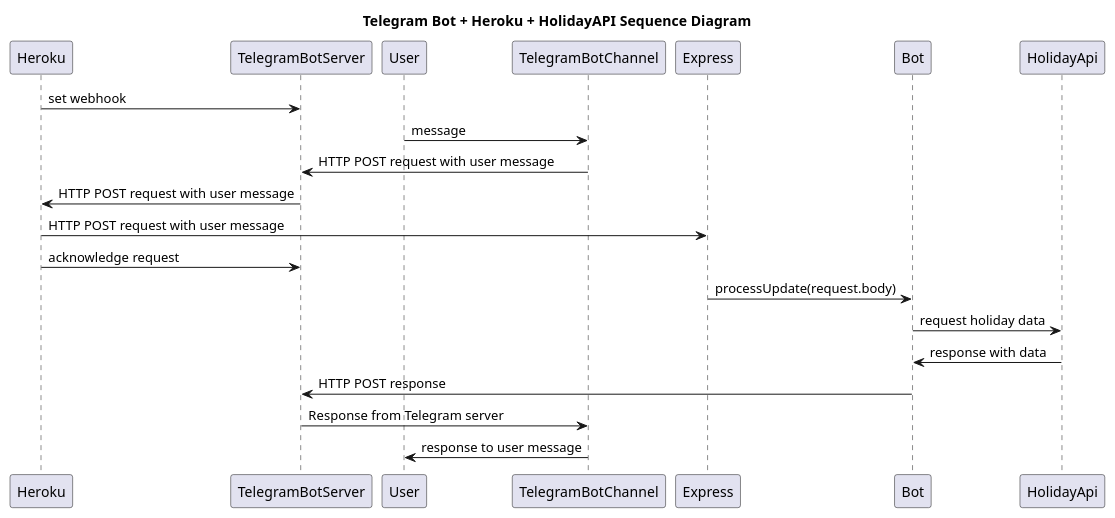
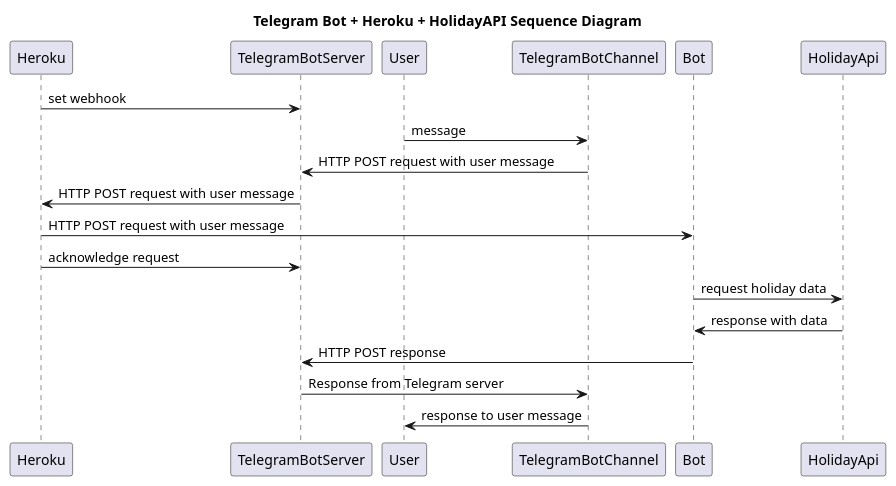
Before and after one commit to vladhrusha/node-3chatbots: the second of 2 diagrams in Design.md, drawn with PlantUML. The commit also changed 1 other file, not shown here.

```diff
--- a/Design.md
+++ b/Design.md
@@ -38,16 +38,15 @@
 @startuml
 title Telegram Bot + Heroku + HolidayAPI Sequence Diagram
 
 Heroku -> TelegramBotServer: set webhook
 User -> TelegramBotChannel: message
 TelegramBotChannel -> TelegramBotServer: HTTP POST request with user message
 TelegramBotServer -> Heroku: HTTP POST request with user message
-Heroku -> Express: HTTP POST request with user message
+Heroku -> Bot: HTTP POST request with user message
 Heroku -> TelegramBotServer: acknowledge request
-Express -> Bot: processUpdate(request.body)
 Bot -> HolidayApi: request holiday data
 HolidayApi -> Bot: response with data
 Bot -> TelegramBotServer: HTTP POST response
 TelegramBotServer -> TelegramBotChannel: Response from Telegram server
 TelegramBotChannel -> User: response to user message
 @enduml
```
